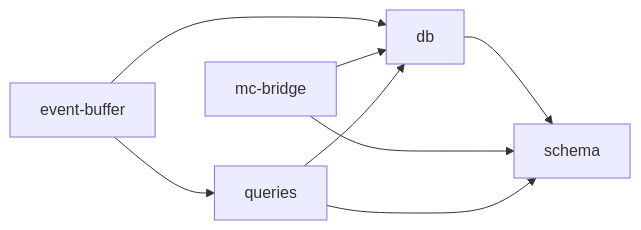
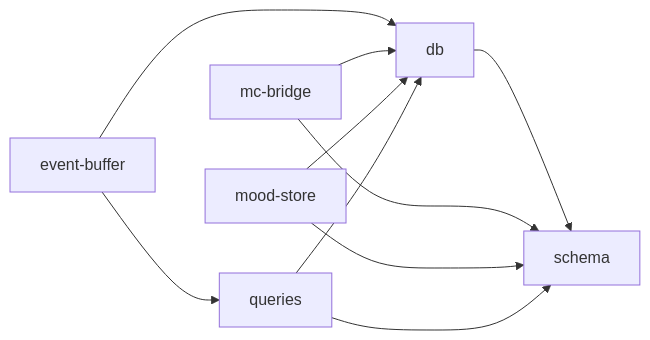
The diagram in packages/store/DEPS.md (OJII3/vicissitude), drawn with Mermaid before and after one commit. The commit also changed other lines of this file and 7 other files, not shown here.

First line of the commit message:
feat: MoodStore 実装と wait_for_events への mood 注入 (#291)

````diff
--- a/packages/store/DEPS.md
+++ b/packages/store/DEPS.md
@@ -7,11 +7,13 @@
 ```mermaid
 graph LR
   db --> schema
   event_buffer["event-buffer"] --> db
   event_buffer["event-buffer"] --> queries
   mc_bridge["mc-bridge"] --> db
   mc_bridge["mc-bridge"] --> schema
+  mood_store["mood-store"] --> db
+  mood_store["mood-store"] --> schema
   queries --> db
   queries --> schema
   schema
 ```
````
